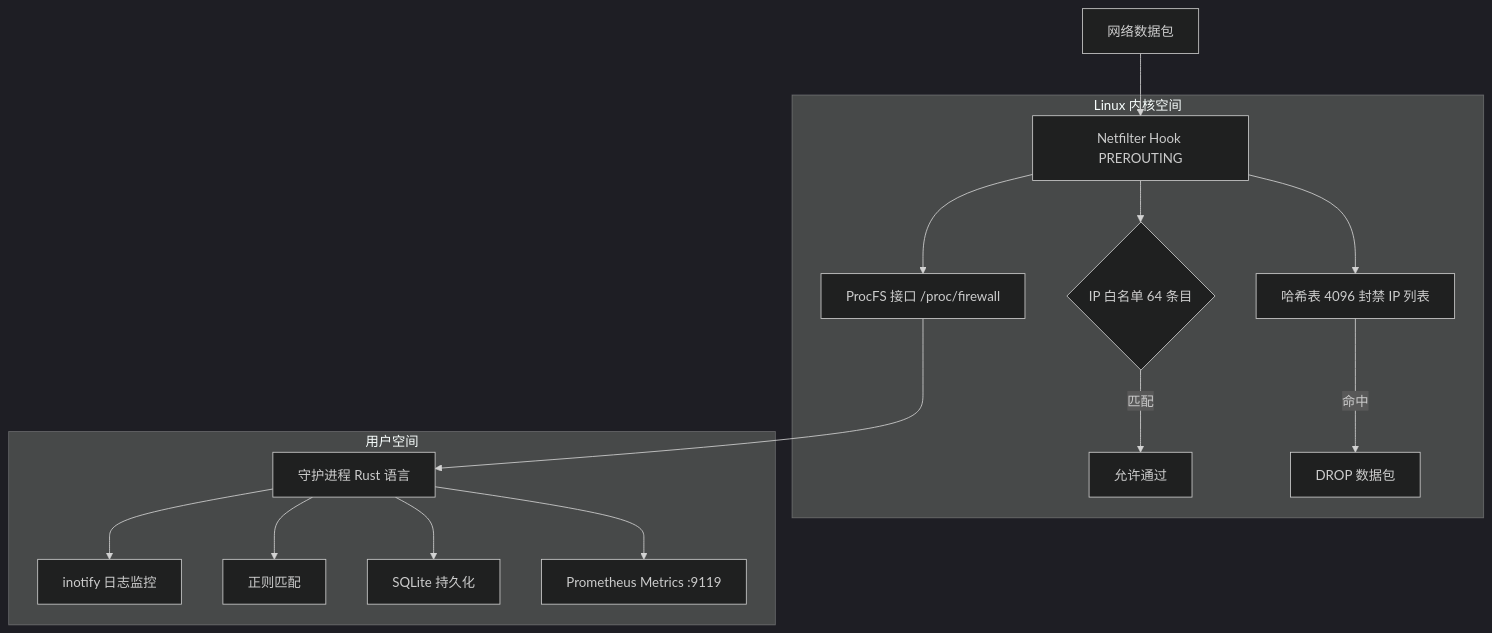
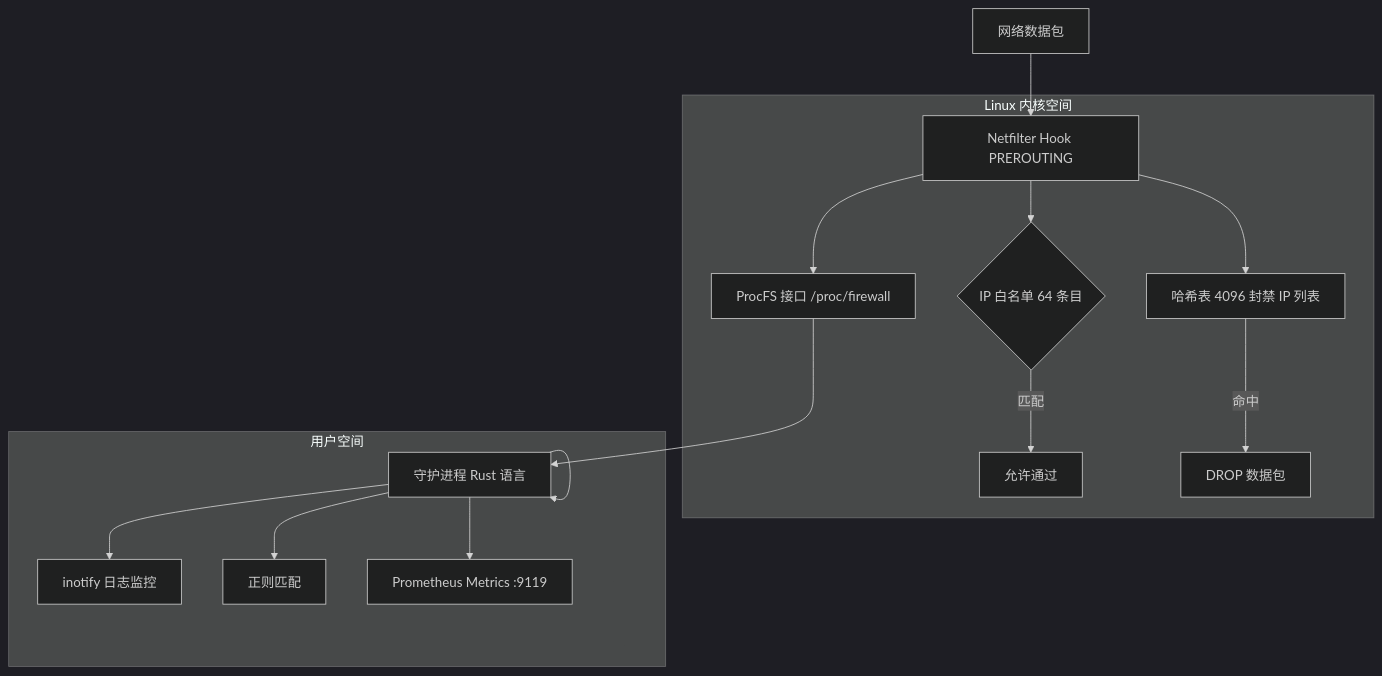
The diagram in docs/zh/README.md (SnowCore8/linux-firewall-kmod), drawn with Mermaid (dark theme) before and after one commit. The commit also changed other lines of this file and 39 other files, not shown here.

````diff
--- a/docs/zh/README.md
+++ b/docs/zh/README.md
@@ -26,23 +25,23 @@
 ```mermaid
 graph TB
     PKT[网络数据包] --> NF[Netfilter Hook PREROUTING]
 
     subgraph KERNEL[Linux 内核空间]
         NF --> WL{IP 白名单 64 条目}
         NF --> HT[哈希表 4096 封禁 IP 列表]
 
         WL -->|匹配| ALLOW[允许通过]
         HT -->|命中| DROP[DROP 数据包]
 
         NF --> PROC[ProcFS 接口 /proc/firewall]
     end
 
     PROC --> DAEMON[守护进程 Rust 语言]
 
     subgraph USERSPACE[用户空间]
         DAEMON --> INOTIFY[inotify 日志监控]
         DAEMON --> REGEX[正则匹配]
-        DAEMON --> SQLITE[SQLite 持久化]
+        DAEMON -->
         DAEMON --> PROM[Prometheus Metrics :9119]
     end
 ```
````
